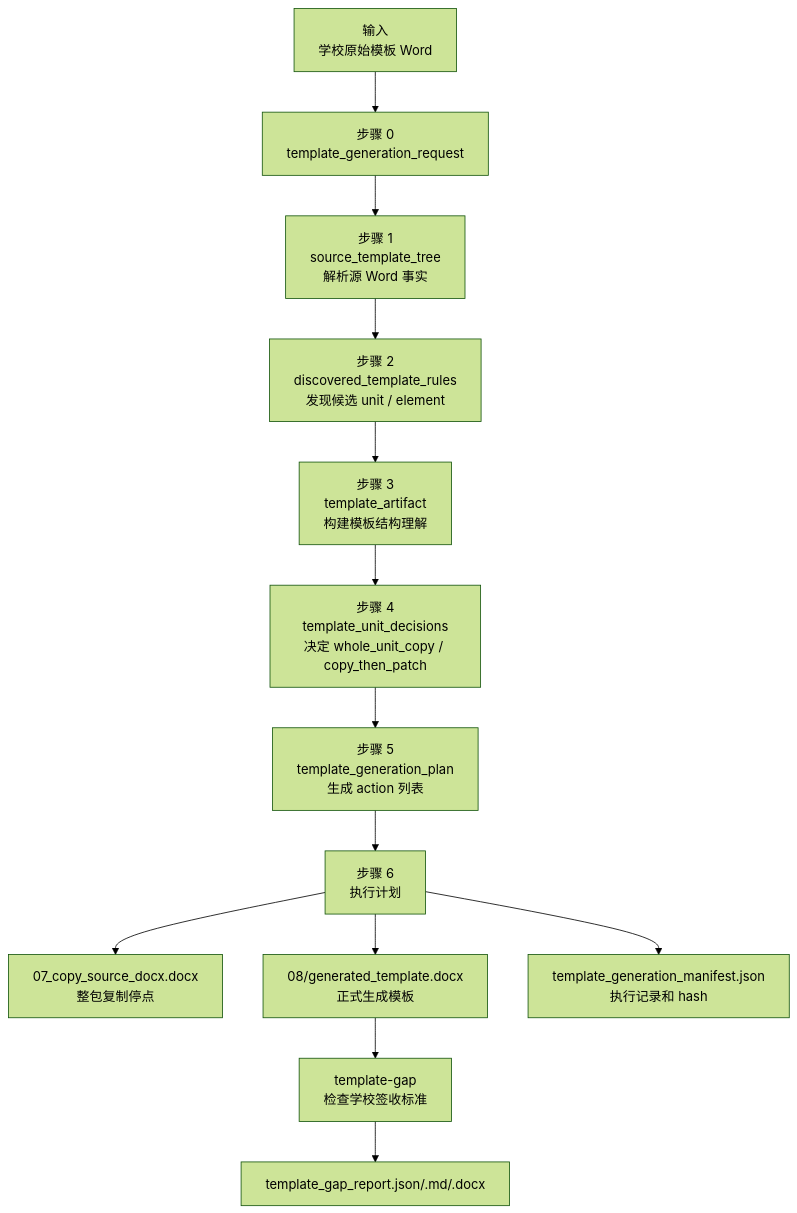
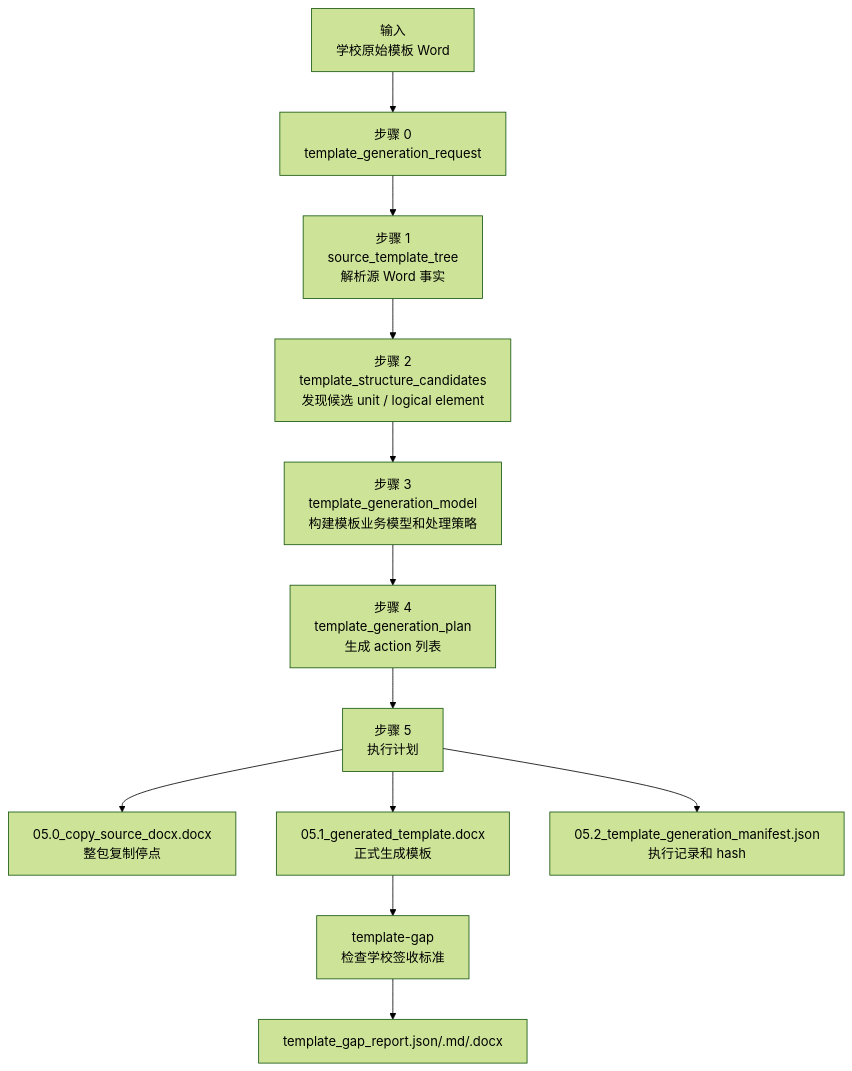
One commit to bamao88/docfit_v3 changed the diagram in docs/current/template-generation.md. Above: the diagram before and after it, drawn with Mermaid (forest theme). The commit also changed other lines of this file and 12 other files, not shown here.

Commit message:
feat(template-generate): align stage artifacts and source tracing

````diff
--- a/docs/current/template-generation.md
+++ b/docs/current/template-generation.md
@@ -43,15 +43,14 @@
 ```mermaid
 flowchart TD
   A["输入<br/>学校原始模板 Word"] --> B["步骤 0<br/>template_generation_request"]
   B --> C["步骤 1<br/>source_template_tree<br/>解析源 Word 事实"]
-  C --> D["步骤 2<br/>discovered_template_rules<br/>发现候选 unit / element"]
-  D --> E["步骤 3<br/>template_artifact<br/>构建模板结构理解"]
-  E --> F["步骤 4<br/>template_unit_decisions<br/>决定 whole_unit_copy / copy_then_patch"]
-  F --> G["步骤 5<br/>template_generation_plan<br/>生成 action 列表"]
-  G --> H["步骤 6<br/>执行计划"]
-  H --> I["07_copy_source_docx.docx<br/>整包复制停点"]
-  H --> J["08/generated_template.docx<br/>正式生成模板"]
-  H --> K["template_generation_manifest.json<br/>执行记录和 hash"]
+  C --> D["步骤 2<br/>template_structure_candidates<br/>发现候选 unit / logical element"]
+  D --> E["步骤 3<br/>template_generation_model<br/>构建模板业务模型和处理策略"]
+  E --> F["步骤 4<br/>template_generation_plan<br/>生成 action 列表"]
+  F --> G["步骤 5<br/>执行计划"]
+  G --> I["05.0_copy_source_docx.docx<br/>整包复制停点"]
+  G --> J["05.1_generated_template.docx<br/>正式生成模板"]
+  G --> K["05.2_template_generation_manifest.json<br/>执行记录和 hash"]
   J --> L["template-gap<br/>检查学校签收标准"]
   L --> M["template_gap_report.json/.md/.docx"]
 ```
````
